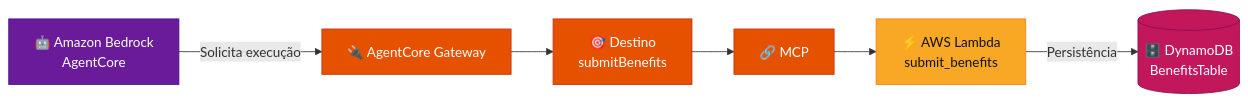
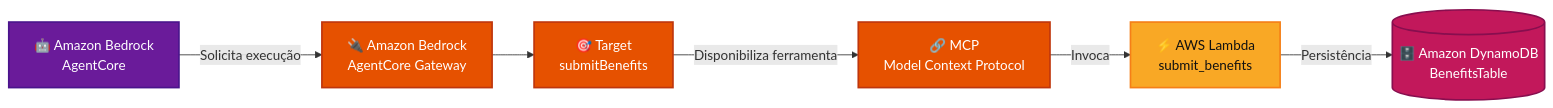
One commit to Rogerio5/aws-genai-smart-assistant-lab changed the fourth of 11 diagrams in README.md. Above: the diagram before and after it, drawn with Mermaid. The commit also changed other lines of this file, not shown here.

````diff
--- a/README.md
+++ b/README.md
@@ -211,31 +243,35 @@
 ```mermaid
 flowchart LR
 
     AGENT["🤖 Amazon Bedrock<br/>AgentCore"]
 
-    GATEWAY["🔌 AgentCore Gateway"]
+    GATEWAY["🔌 Amazon Bedrock<br/>AgentCore Gateway"]
 
-    TARGET["🎯 Destino<br/>submitBenefits"]
+    TARGET["🎯 Target<br/>submitBenefits"]
 
-    MCP["🔗 MCP"]
+    MCP["🔗 MCP<br/>Model Context Protocol"]
 
     LAMBDA["⚡ AWS Lambda<br/>submit_benefits"]
 
-    DB[("🗄️ DynamoDB<br/>BenefitsTable")]
+    DB[("🗄️ Amazon DynamoDB<br/>BenefitsTable")]
 
     AGENT -->|"Solicita execução"| GATEWAY
+
     GATEWAY --> TARGET
-    TARGET --> MCP
-    MCP --> LAMBDA
+
+    TARGET -->|"Disponibiliza ferramenta"| MCP
+
+    MCP -->|"Invoca"| LAMBDA
+
     LAMBDA -->|"Persistência"| DB
 
-    classDef ai fill:#6A1B9A,stroke:#4A148C,color:#ffffff
-    classDef integration fill:#E65100,stroke:#BF360C,color:#ffffff
-    classDef compute fill:#F9A825,stroke:#F57F17,color:#111111
-    classDef database fill:#C2185B,stroke:#880E4F,color:#ffffff
+    classDef ai fill:#6A1B9A,stroke:#4A148C,color:#ffffff,stroke-width:2px
+    classDef integration fill:#E65100,stroke:#BF360C,color:#ffffff,stroke-width:2px
+    classDef compute fill:#F9A825,stroke:#F57F17,color:#111111,stroke-width:2px
+    classDef database fill:#C2185B,stroke:#880E4F,color:#ffffff,stroke-width:2px
 
     class AGENT ai
     class GATEWAY,TARGET,MCP integration
     class LAMBDA compute
     class DB database
 ```
````
